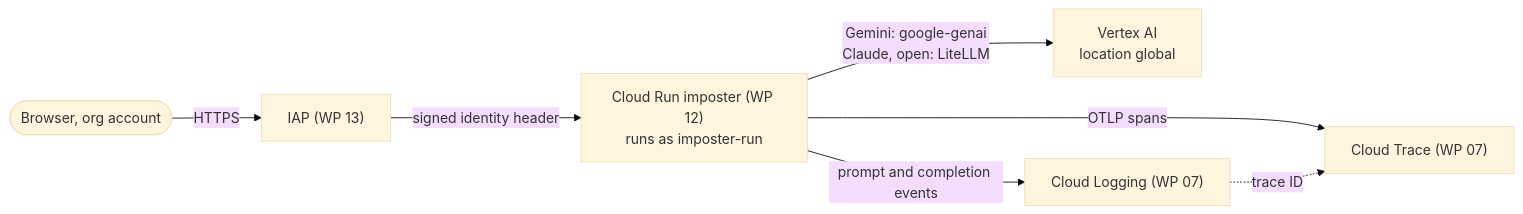
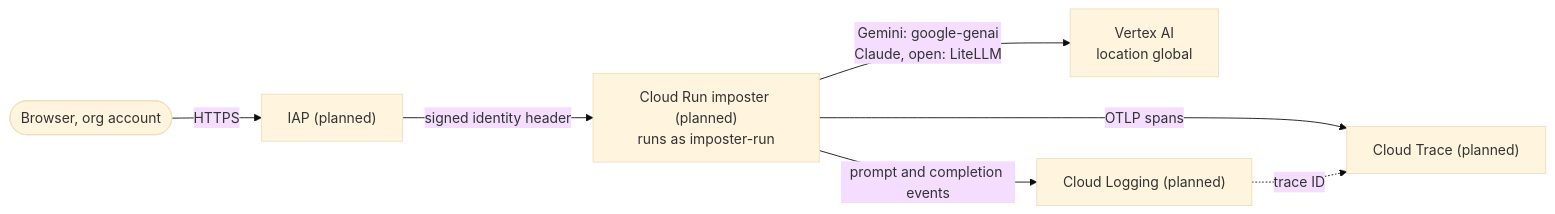
Before and after one commit to maxvandenhoven/imposter: the first of 3 diagrams in docs/infrastructure.md, drawn with Mermaid (base theme). The commit also changed other lines of this file and 4 other files, not shown here.

````diff
--- a/docs/infrastructure.md
+++ b/docs/infrastructure.md
@@ -33,9 +32,9 @@
 ```mermaid
 flowchart LR
-  user(["Browser, org account"]) -->|HTTPS| iap["IAP (WP 13)"]
-  iap -->|"signed identity header"| run["Cloud Run imposter (WP 12)<br/>runs as imposter-run"]
+  user(["Browser, org account"]) -->|HTTPS| iap["IAP (planned)"]
+  iap -->|"signed identity header"| run["Cloud Run imposter (planned)<br/>runs as imposter-run"]
   run -->|"Gemini: google-genai<br/>Claude, open: LiteLLM"| vertex["Vertex AI<br/>location global"]
-  run -->|"OTLP spans"| trace["Cloud Trace (WP 07)"]
-  run -->|"prompt and completion events"| logging["Cloud Logging (WP 07)"]
+  run -->|"OTLP spans"| trace["Cloud Trace (planned)"]
+  run -->|"prompt and completion events"| logging["Cloud Logging (planned)"]
   logging -.->|"trace ID"| trace
 ```
````
